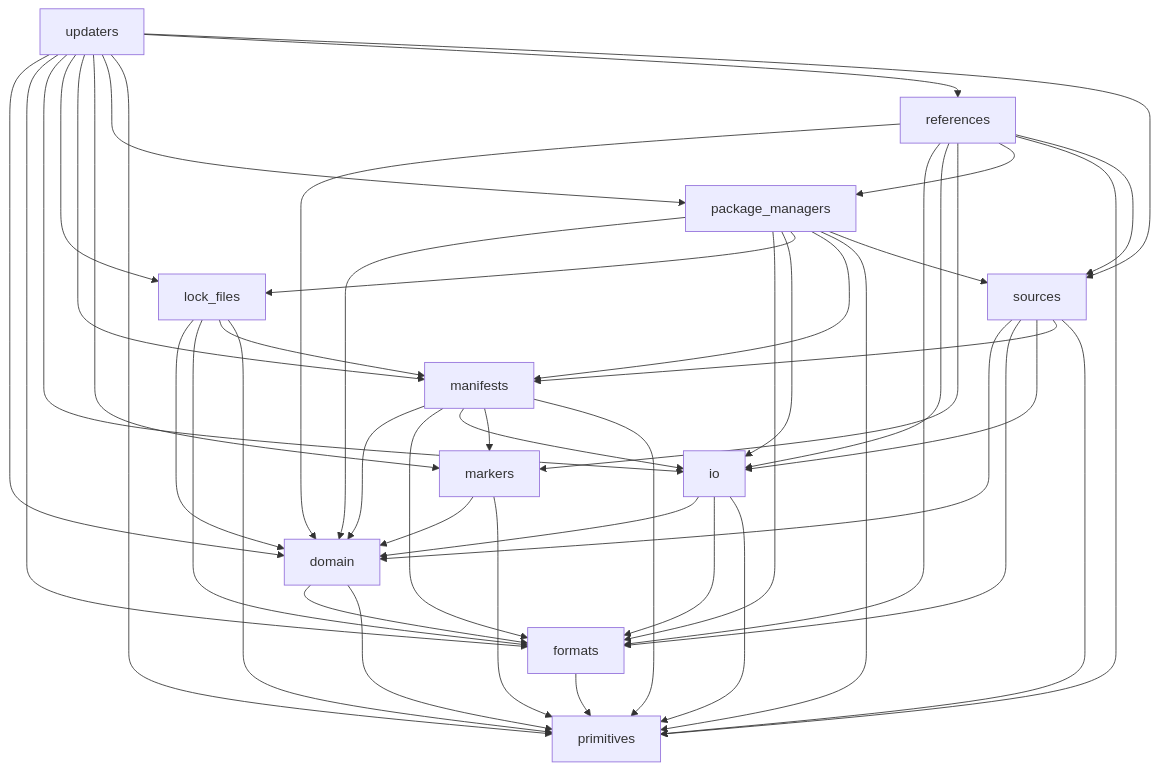
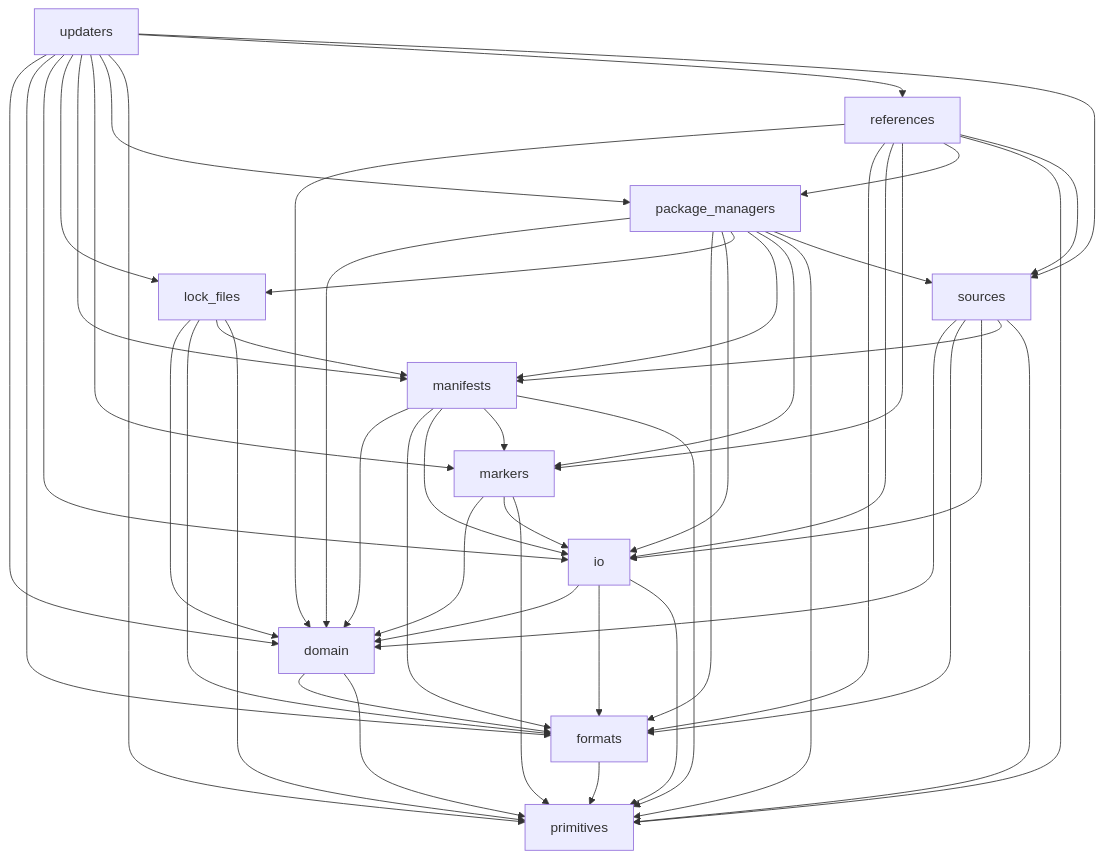
Before and after one commit to ICTU/update-time: the diagram in docs/architecture.md, drawn with Mermaid. The commit also changed 120 other files, not shown here.

````diff
--- a/docs/architecture.md
+++ b/docs/architecture.md
@@ -5,49 +5,51 @@
 ```mermaid
 flowchart TD
   domain --> formats
   domain --> primitives
   formats --> primitives
   io --> domain
   io --> formats
   io --> primitives
   lock_files --> domain
   lock_files --> formats
   lock_files --> manifests
   lock_files --> primitives
   manifests --> domain
   manifests --> formats
   manifests --> io
   manifests --> markers
   manifests --> primitives
   markers --> domain
+  markers --> io
   markers --> primitives
   package_managers --> domain
   package_managers --> formats
   package_managers --> io
   package_managers --> lock_files
   package_managers --> manifests
+  package_managers --> markers
   package_managers --> primitives
   package_managers --> sources
   references --> domain
   references --> formats
   references --> io
   references --> markers
   references --> package_managers
   references --> primitives
   references --> sources
   sources --> domain
   sources --> formats
   sources --> io
   sources --> manifests
   sources --> primitives
   updaters --> domain
   updaters --> formats
   updaters --> io
   updaters --> lock_files
   updaters --> manifests
   updaters --> markers
   updaters --> package_managers
   updaters --> primitives
   updaters --> references
   updaters --> sources
 ```
````
